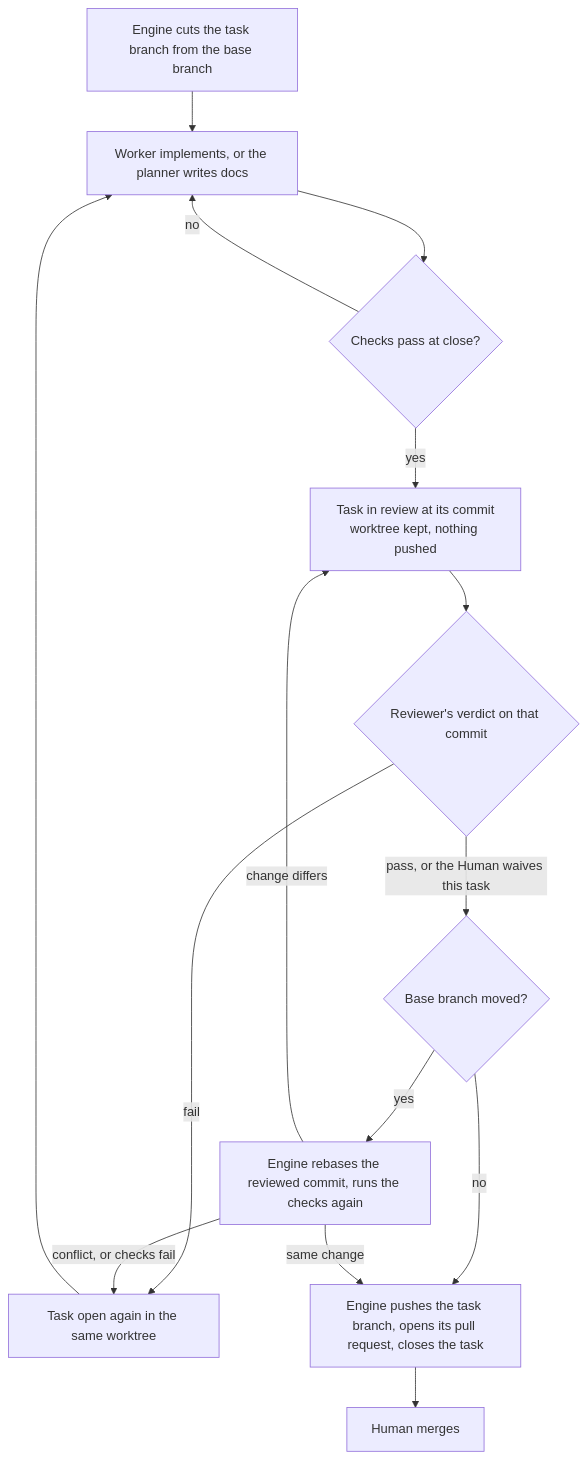
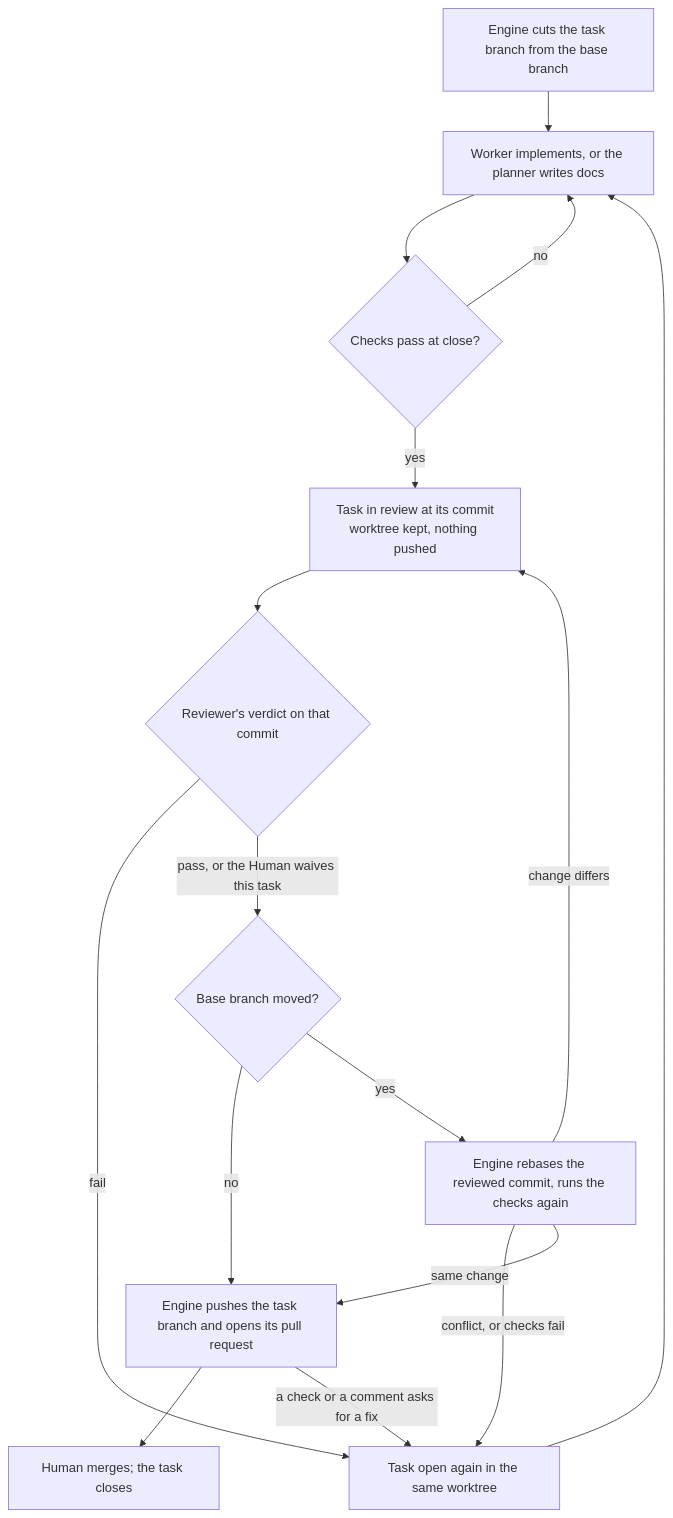
One commit to trustmybot/tmb changed the eighth of 8 diagrams in docs/flows/3_WORKFLOW.md. Above: the diagram before and after it, drawn with Mermaid. The commit also changed other lines of this file and 11 other files, not shown here.

````diff
--- a/docs/flows/3_WORKFLOW.md
+++ b/docs/flows/3_WORKFLOW.md
@@ -237,17 +245,18 @@
 ```mermaid
 flowchart TD
     A["Engine cuts the task branch from the base branch"] --> B["Worker implements, or the planner writes docs"]
     B --> C{"Checks pass at close?"}
     C -- no --> B
     C -- yes --> D["Task in review at its commit<br/>worktree kept, nothing pushed"]
     D --> E{"Reviewer's verdict on that commit"}
     E -- fail --> F["Task open again in the same worktree"]
     F --> B
     E -- "pass, or the Human waives this task" --> G{"Base branch moved?"}
-    G -- no --> P["Engine pushes the task branch, opens its pull request, closes the task"]
+    G -- no --> P["Engine pushes the task branch and opens its pull request"]
     G -- yes --> R["Engine rebases the reviewed commit, runs the checks again"]
     R -- "conflict, or checks fail" --> F
     R -- "same change" --> P
     R -- "change differs" --> D
-    P --> H["Human merges"]
+    P --> H["Human merges; the task closes"]
+    P -- "a check or a comment asks for a fix" --> F
 ```
````
